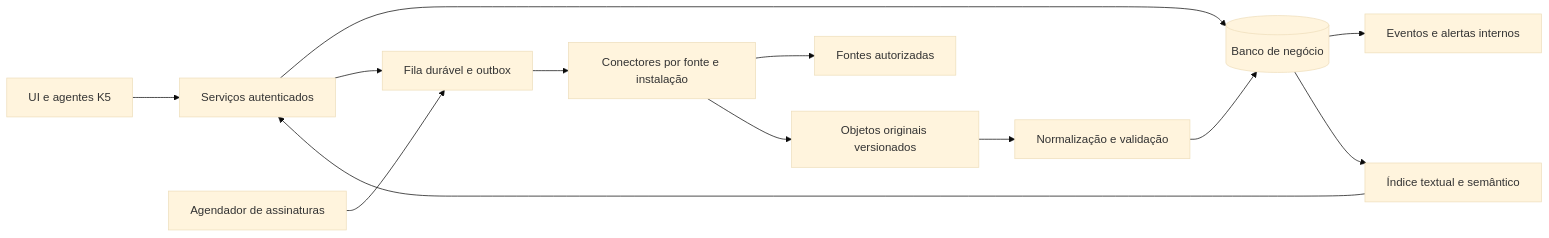
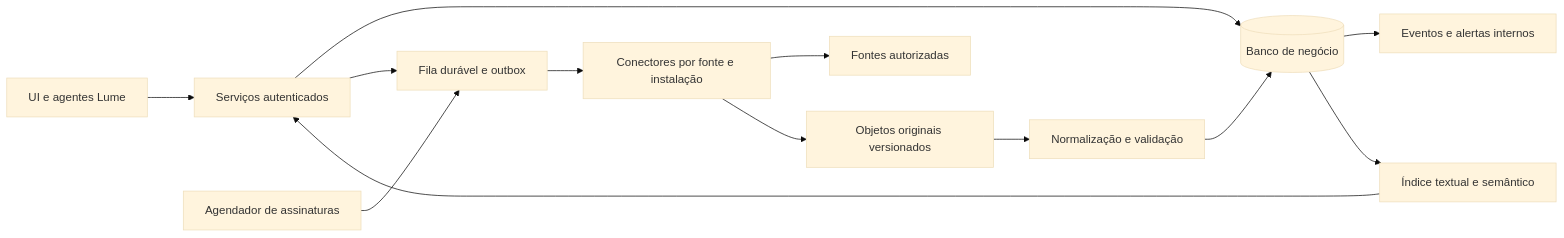
The diagram in docs/plano-infra-judicial.md (araujodgdev/k5), drawn with Mermaid (base theme) before and after one commit. The commit also changed other lines of this file and 79 other files, not shown here.

````diff
--- a/docs/plano-infra-judicial.md
+++ b/docs/plano-infra-judicial.md
@@ -125,15 +125,15 @@
 ```mermaid
 flowchart LR
-    UI[UI e agentes K5] --> APP[Serviços autenticados]
+    UI[UI e agentes Lume] --> APP[Serviços autenticados]
     APP --> DB[(Banco de negócio)]
     APP --> JOB[Fila durável e outbox]
     SCH[Agendador de assinaturas] --> JOB
     JOB --> CON[Conectores por fonte e instalação]
     CON --> EXT[Fontes autorizadas]
     CON --> RAW[Objetos originais versionados]
     RAW --> NOR[Normalização e validação]
     NOR --> DB
     DB --> EVT[Eventos e alertas internos]
     DB --> IDX[Índice textual e semântico]
     IDX --> APP
 ```
````
